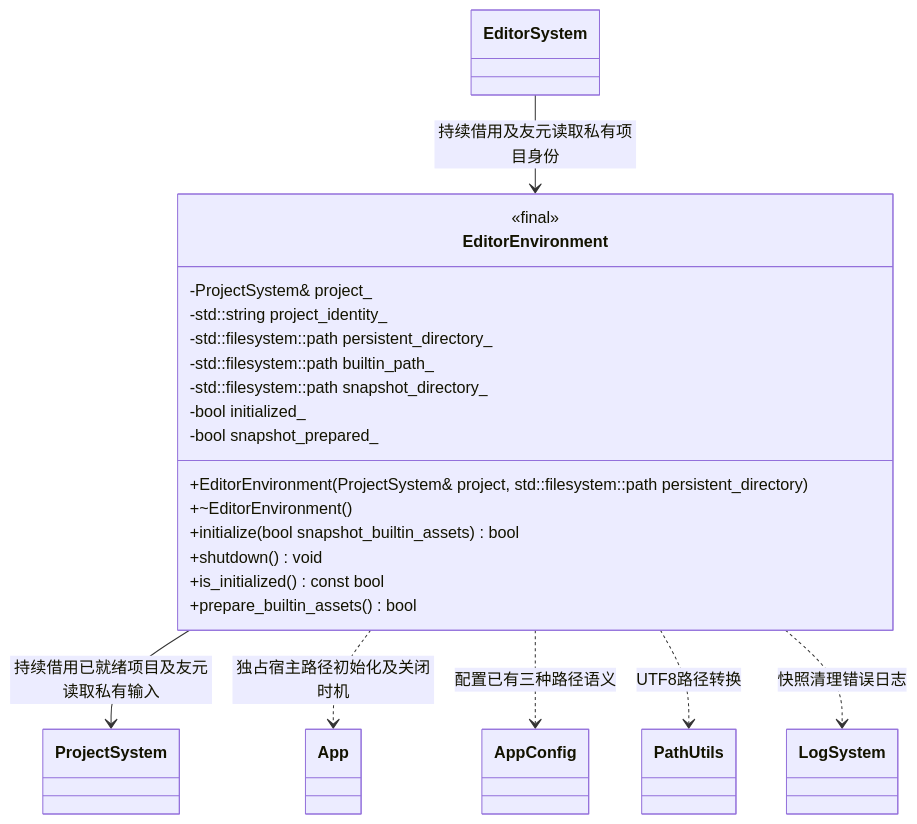
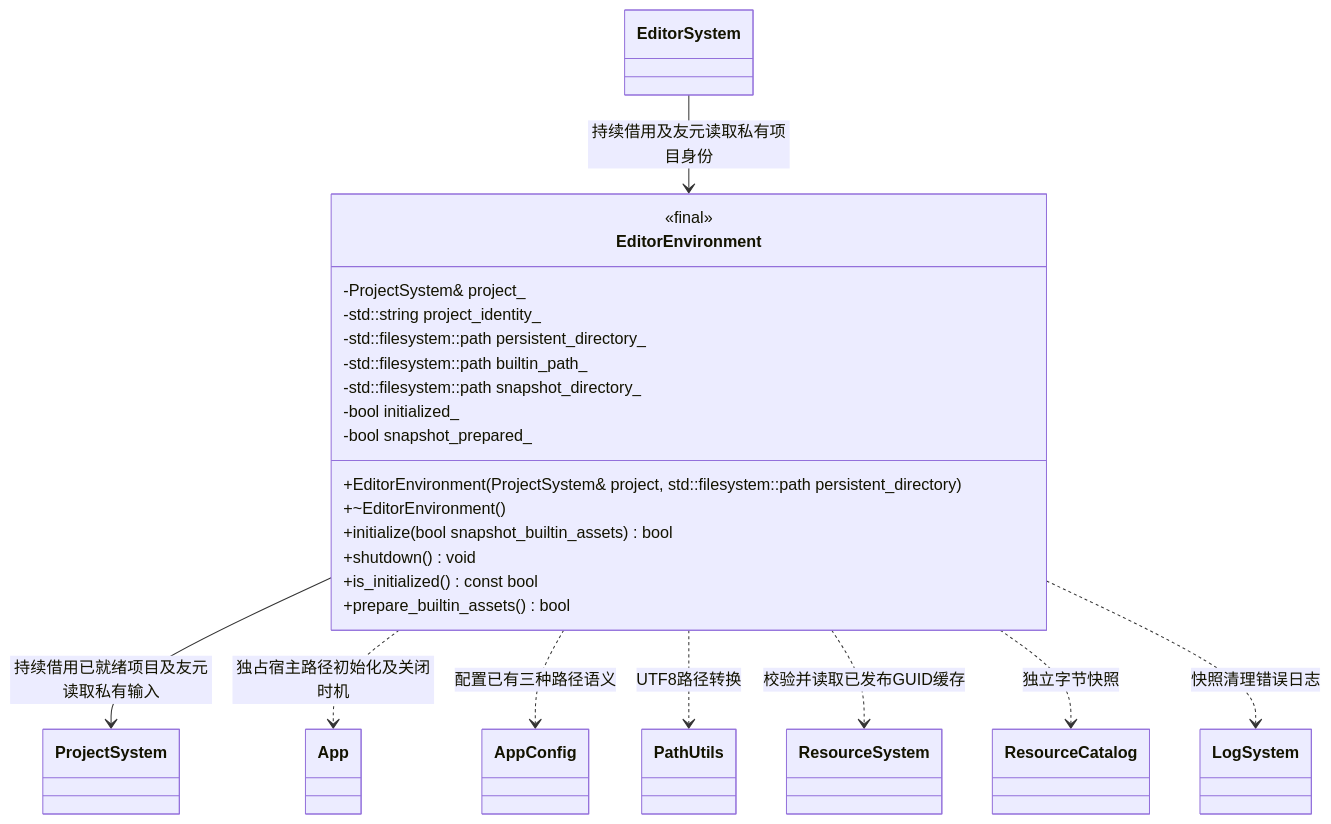
One commit to lcals/Engine changed the diagram in docs/editor/class-diagrams/editor-environment.md. Above: the diagram before and after it, drawn with Mermaid. The commit also changed other lines of this file and 114 other files, not shown here.

````diff
--- a/docs/editor/class-diagrams/editor-environment.md
+++ b/docs/editor/class-diagrams/editor-environment.md
@@ -5,32 +5,36 @@
 ```mermaid
 classDiagram
     direction TB
     class EditorEnvironment {
         <<final>>
         +EditorEnvironment(ProjectSystem& project, std::filesystem::path persistent_directory)
         +~EditorEnvironment()
         +initialize(bool snapshot_builtin_assets) bool
         +shutdown() void
         +is_initialized() const bool
         +prepare_builtin_assets() bool
         -ProjectSystem& project_
         -std::string project_identity_
         -std::filesystem::path persistent_directory_
         -std::filesystem::path builtin_path_
         -std::filesystem::path snapshot_directory_
         -bool initialized_
         -bool snapshot_prepared_
     }
     class ProjectSystem
     class EditorSystem
     class App
     class AppConfig
     class PathUtils
     class LogSystem
+    class ResourceSystem
+    class ResourceCatalog
     EditorEnvironment --> ProjectSystem : 持续借用已就绪项目及友元读取私有输入
     EditorSystem --> EditorEnvironment : 持续借用及友元读取私有项目身份
     EditorEnvironment ..> App : 独占宿主路径初始化及关闭时机
     EditorEnvironment ..> AppConfig : 配置已有三种路径语义
     EditorEnvironment ..> PathUtils : UTF8路径转换
+    EditorEnvironment ..> ResourceSystem : 校验并读取已发布GUID缓存
+    EditorEnvironment ..> ResourceCatalog : 独立字节快照
     EditorEnvironment ..> LogSystem : 快照清理错误日志
 ```
````
